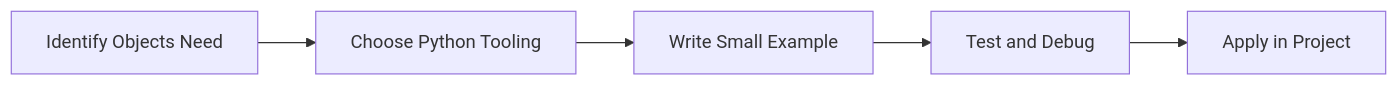
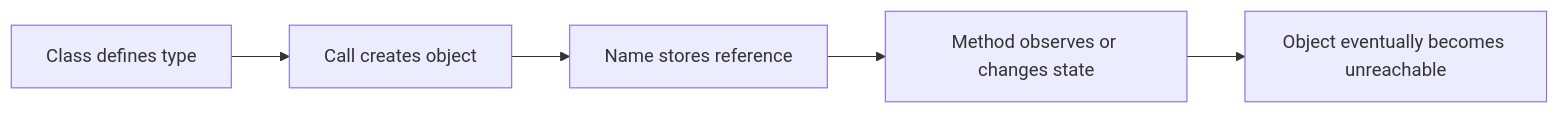
One commit to SYMOIZ/E-Learning-Portal changed the diagram in Python-Mastery/Intermediate/03-objects.md. Above: the diagram before and after it, drawn with Mermaid. The commit also changed other lines of this file and 116 other files, not shown here.

````diff
--- a/Python-Mastery/Intermediate/03-objects.md
+++ b/Python-Mastery/Intermediate/03-objects.md
@@ -150,7 +149,7 @@
 ```mermaid
 flowchart LR
-    A[Identify Objects Need] --> B[Choose Python Tooling]
-    B --> C[Write Small Example]
-    C --> D[Test and Debug]
-    D --> E[Apply in Project]
+    A[Class defines type] --> B[Call creates object]
+    B --> C[Name stores reference]
+    C --> D[Method observes or changes state]
+    D --> E[Object eventually becomes unreachable]
 ```
````
